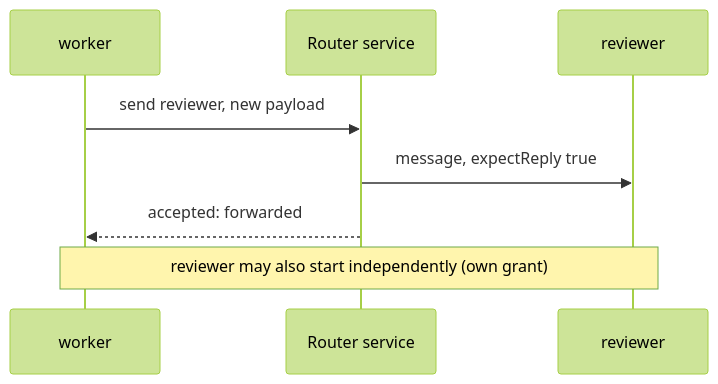
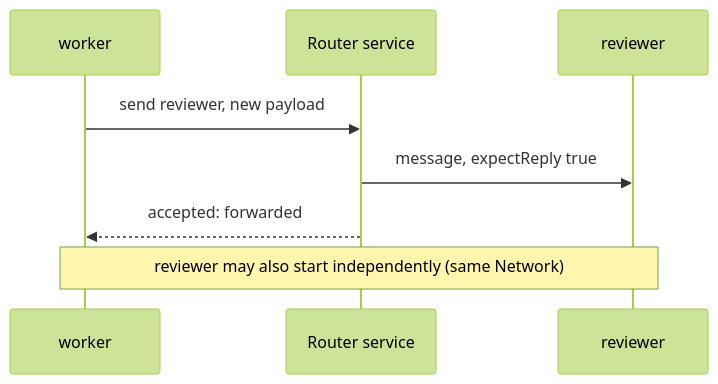
Before and after one commit to nitipit/automata: the first of 3 diagrams in src/automata/skills/bundled/automata-message-router/references/send.md, drawn with Mermaid (forest theme). The commit also changed other lines of this file and 21 other files, not shown here.

````diff
--- a/src/automata/skills/bundled/automata-message-router/references/send.md
+++ b/src/automata/skills/bundled/automata-message-router/references/send.md
@@ -11,10 +16,10 @@
 ```mermaid
 sequenceDiagram
     participant W as worker
     participant R as Router service
     participant V as reviewer
     W->>R: send reviewer, new payload
     R->>V: message, expectReply true
     R-->>W: accepted: forwarded
-    Note over W,V: reviewer may also start independently (own grant)
+    Note over W,V: reviewer may also start independently (same Network)
 ```
````
